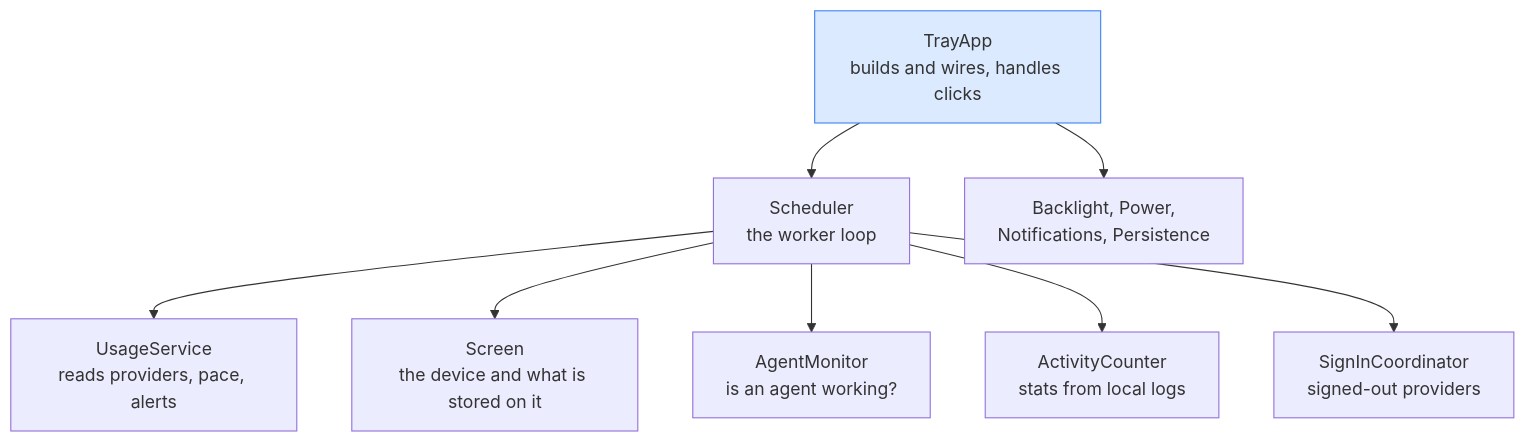
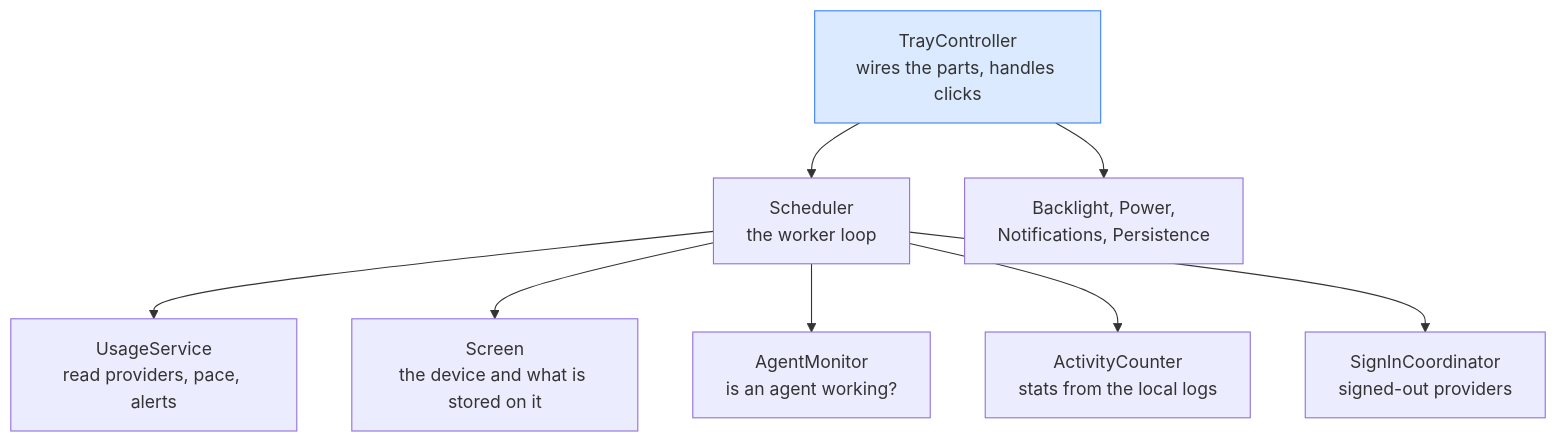
The second of 3 diagrams in ARCHITECTURE.md (Cristian-Infante/geekmagic-claude-usage), drawn with Mermaid before and after one commit. The commit also changed other lines of this file and 203 other files, not shown here.

First line of the commit message:
refactor: Hexagonal architecture (ports and adapters) with an enforced dependency rule

````diff
--- a/ARCHITECTURE.md
+++ b/ARCHITECTURE.md
@@ -56,21 +70,21 @@
 ```mermaid
 flowchart TD
-    tray["TrayApp<br/>builds and wires, handles clicks"]:::root
-    sched["Scheduler<br/>the worker loop"]
-    usage["UsageService<br/>reads providers, pace, alerts"]
+    controller["TrayController<br/>wires the parts, handles clicks"]:::root
+    scheduler["Scheduler<br/>the worker loop"]
+    usage["UsageService<br/>read providers, pace, alerts"]
     screen["Screen<br/>the device and what is stored on it"]
     agents["AgentMonitor<br/>is an agent working?"]
-    activity["ActivityCounter<br/>stats from local logs"]
+    activity["ActivityCounter<br/>stats from the local logs"]
     signin["SignInCoordinator<br/>signed-out providers"]
     side["Backlight, Power,<br/>Notifications, Persistence"]
 
-    tray --> sched
-    tray --> side
-    sched --> usage
-    sched --> screen
-    sched --> agents
-    sched --> activity
-    sched --> signin
+    controller --> scheduler
+    controller --> side
+    scheduler --> usage
+    scheduler --> screen
+    scheduler --> agents
+    scheduler --> activity
+    scheduler --> signin
 
     classDef root fill:#dbeafe,stroke:#3b82f6
 ```
````
